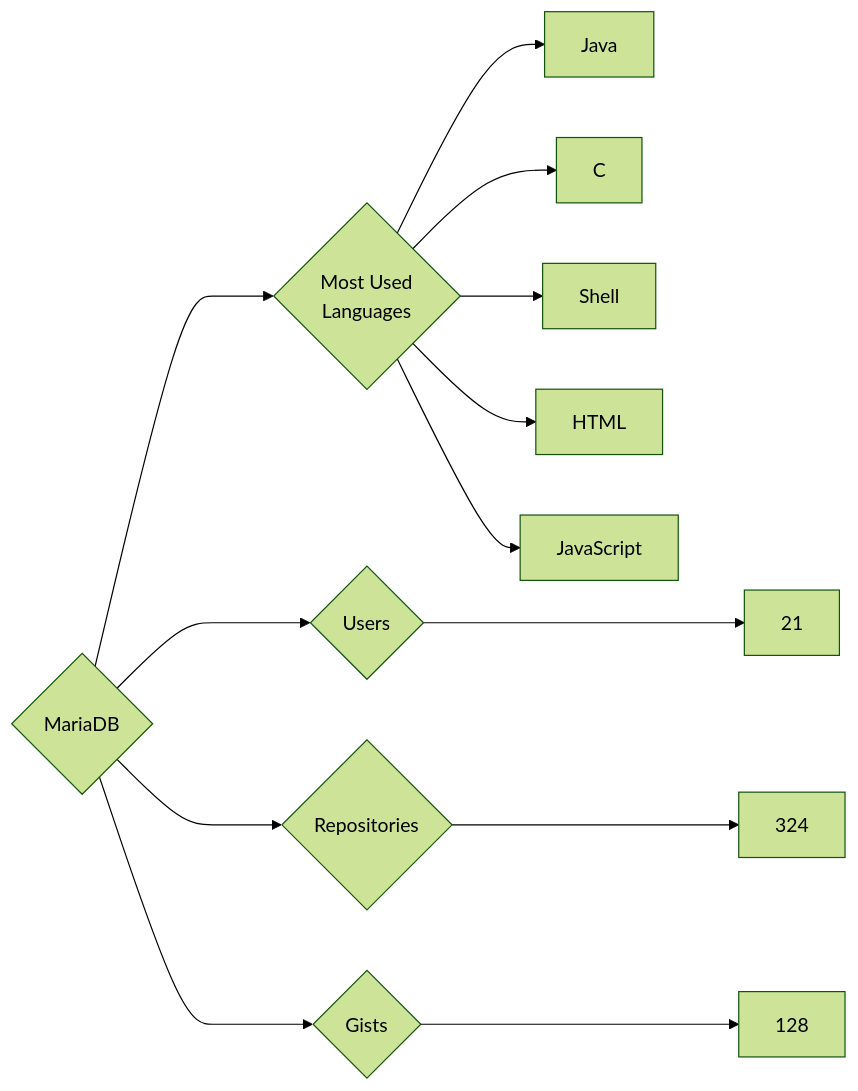
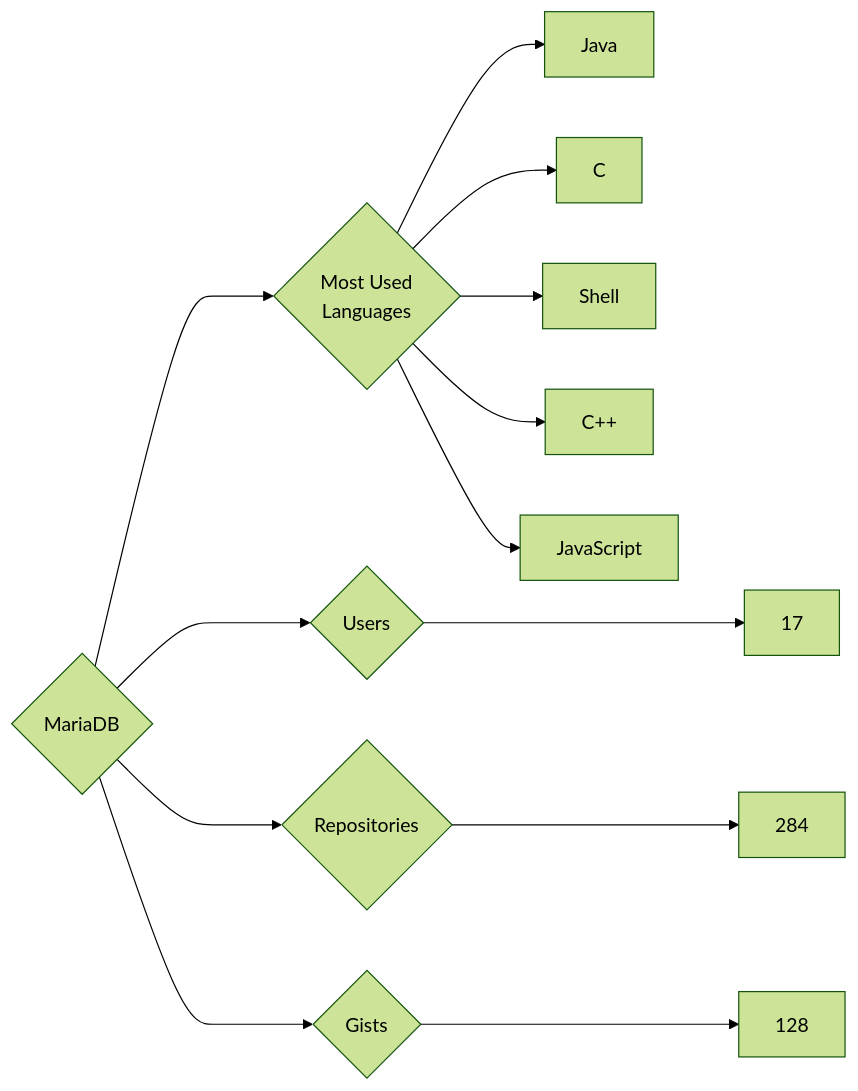
The diagram in targets/MariaDB/README.md (trickest/insiders), drawn with Mermaid (forest theme) before and after one commit. The commit also changed 965 other files, not shown here.

````diff
--- a/targets/MariaDB/README.md
+++ b/targets/MariaDB/README.md
@@ -3,13 +3,13 @@
 ```mermaid
 graph LR
 COMPANY_NAME{MariaDB}
-COMPANY_NAME ---> U{Users} ---> UN[21]
-COMPANY_NAME ---> R{Repositories} ---> RN[324]
+COMPANY_NAME ---> U{Users} ---> UN[17]
+COMPANY_NAME ---> R{Repositories} ---> RN[284]
 COMPANY_NAME ---> G{Gists} ---> GN[128]
 COMPANY_NAME ---> ML{Most Used<br>Languages}
 ML --> Java[Java]
 ML --> C[C]
 ML --> Shell[Shell]
-ML --> HTML[HTML]
+ML --> C++[C++]
 ML --> JavaScript[JavaScript]
 ```
````
